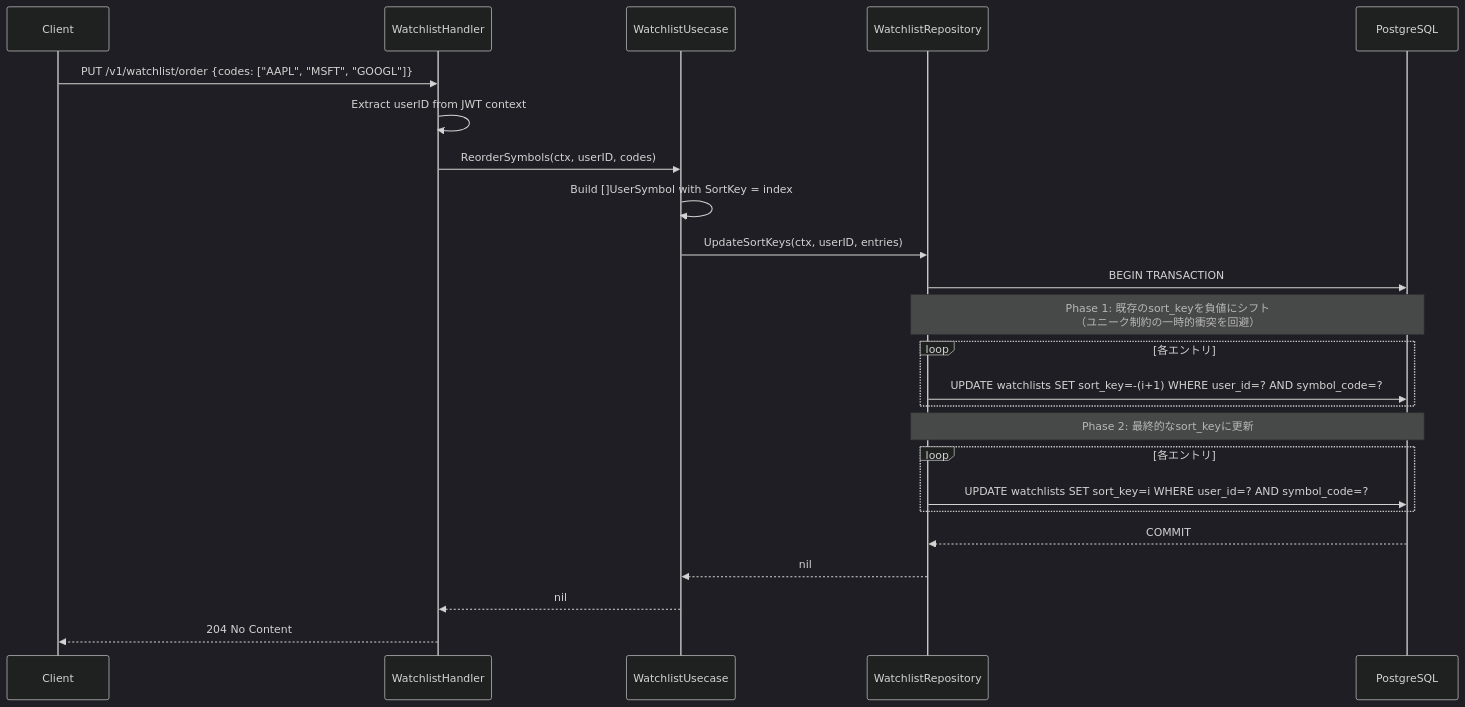
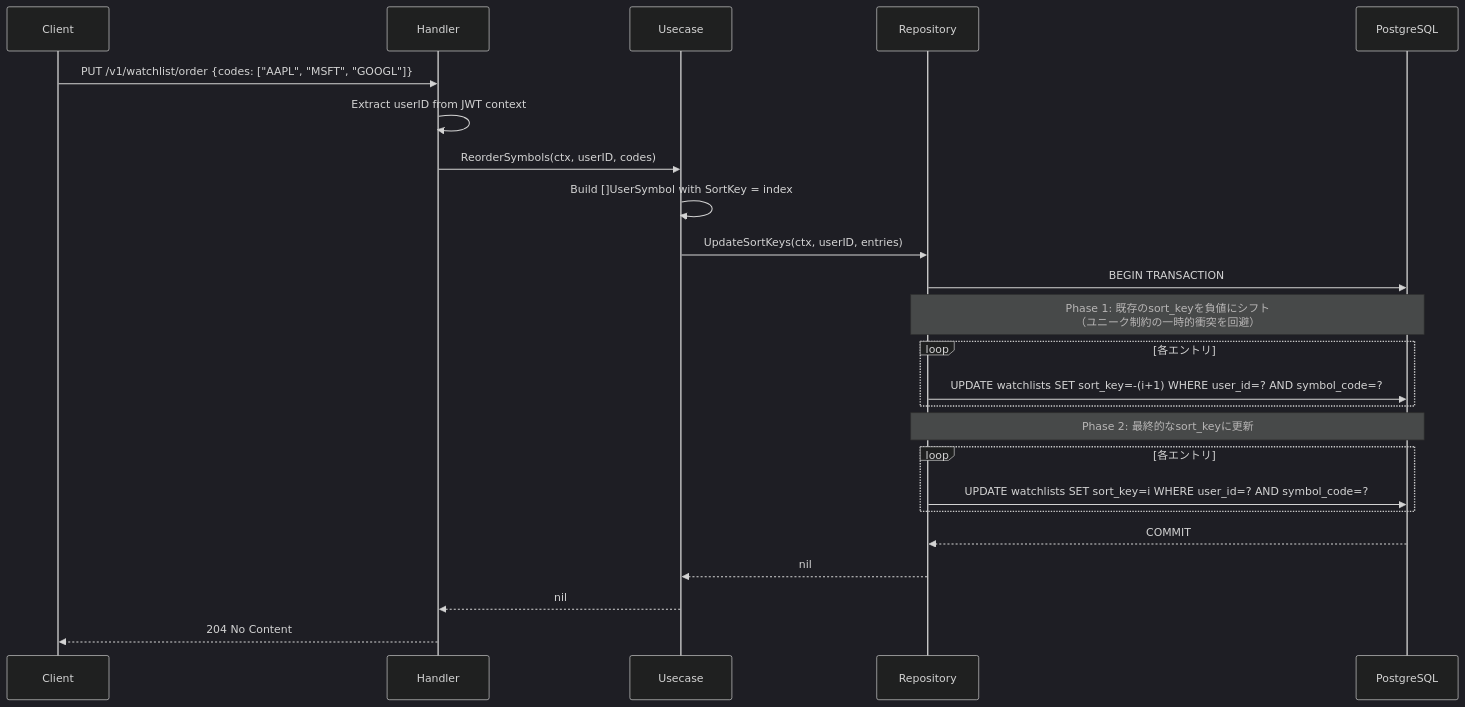
The third of 4 diagrams in internal/feature/watchlist/README.md (UCHIDAnobuhiro/stock_backend), drawn with Mermaid (dark theme) before and after one commit. The commit also changed other lines of this file and 41 other files, not shown here.

````diff
--- a/internal/feature/watchlist/README.md
+++ b/internal/feature/watchlist/README.md
@@ -83,27 +83,27 @@
 ```mermaid
 sequenceDiagram
     participant Client
-    participant Handler as WatchlistHandler
-    participant Usecase as WatchlistUsecase
-    participant Repository as WatchlistRepository
+    participant Handler as Handler
+    participant Usecase as Usecase
+    participant Repository as Repository
     participant DB as PostgreSQL
 
     Client->>Handler: PUT /v1/watchlist/order {codes: ["AAPL", "MSFT", "GOOGL"]}
     Handler->>Handler: Extract userID from JWT context
     Handler->>Usecase: ReorderSymbols(ctx, userID, codes)
     Usecase->>Usecase: Build []UserSymbol with SortKey = index
     Usecase->>Repository: UpdateSortKeys(ctx, userID, entries)
     Repository->>DB: BEGIN TRANSACTION
     Note over Repository,DB: Phase 1: 既存のsort_keyを負値にシフト<br/>（ユニーク制約の一時的衝突を回避）
     loop 各エントリ
         Repository->>DB: UPDATE watchlists SET sort_key=-(i+1) WHERE user_id=? AND symbol_code=?
     end
     Note over Repository,DB: Phase 2: 最終的なsort_keyに更新
     loop 各エントリ
         Repository->>DB: UPDATE watchlists SET sort_key=i WHERE user_id=? AND symbol_code=?
     end
     DB-->>Repository: COMMIT
     Repository-->>Usecase: nil
     Usecase-->>Handler: nil
     Handler-->>Client: 204 No Content
 ```
````
